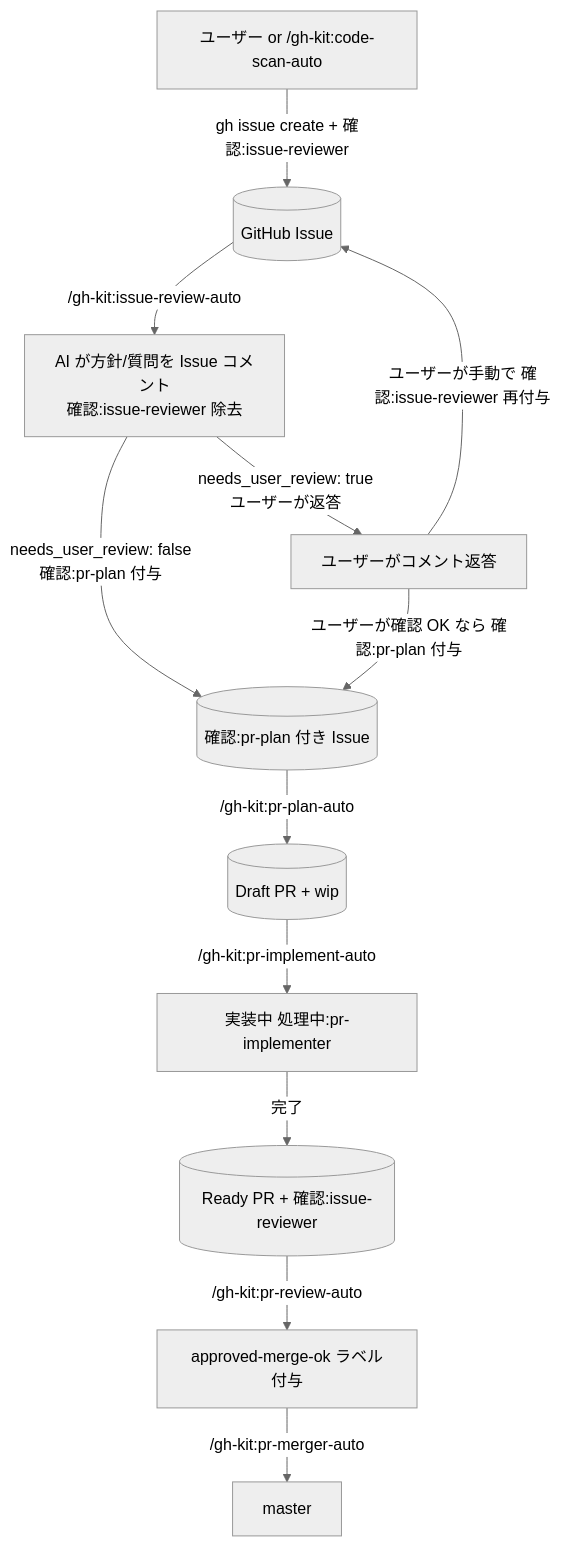
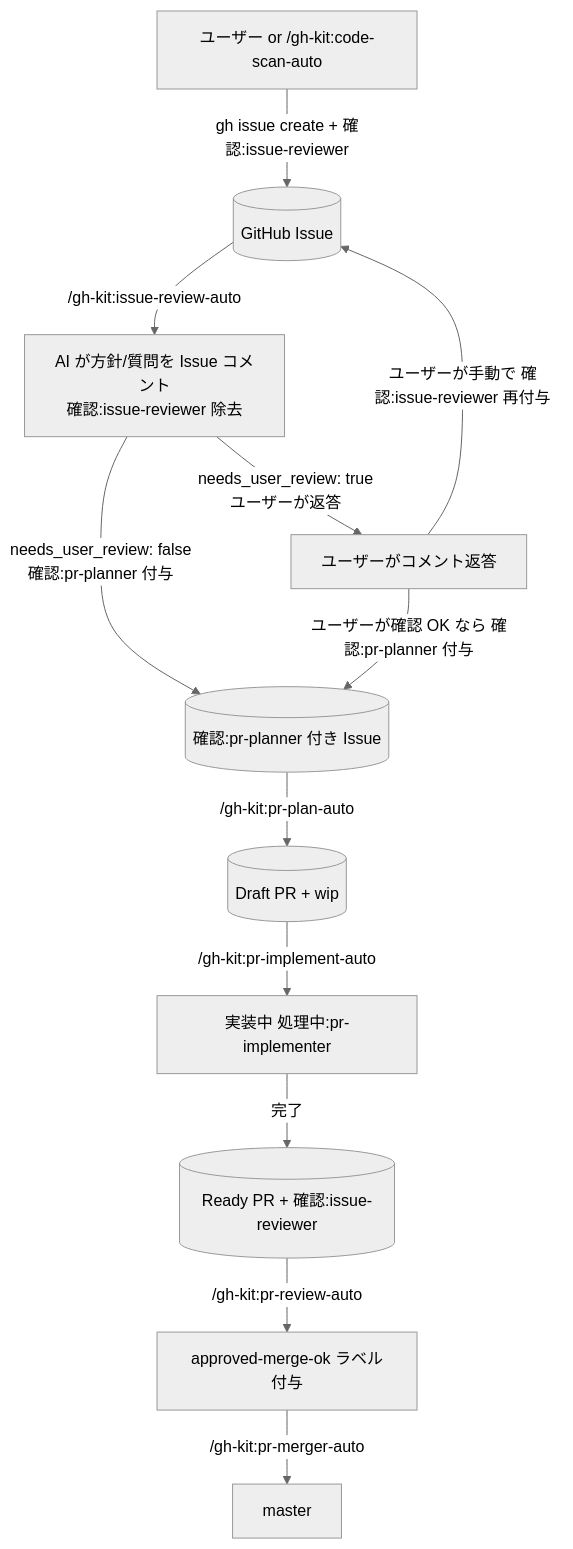
One commit to shuhei1101/my-plugins changed the diagram in plugins/gh-kit/CLAUDE.md. Above: the diagram before and after it, drawn with Mermaid (neutral theme). The commit also changed other lines of this file and 6 other files, not shown here.

First line of the commit message:
fix: リネーム方向を逆転（確認:pr-plan→確認:pr-planner）し agent 名規約に統一

````diff
--- a/plugins/gh-kit/CLAUDE.md
+++ b/plugins/gh-kit/CLAUDE.md
@@ -9,14 +9,14 @@
 ```mermaid
 flowchart TD
   U[ユーザー or /gh-kit:code-scan-auto] -->|gh issue create + 確認:issue-reviewer| Issue[(GitHub Issue)]
   Issue -->|/gh-kit:issue-review-auto| Review[AI が方針/質問を Issue コメント<br>確認:issue-reviewer 除去]
-  Review -->|needs_user_review: false<br>確認:pr-plan 付与| PlanOK[(確認:pr-plan 付き Issue)]
+  Review -->|needs_user_review: false<br>確認:pr-planner 付与| PlanOK[(確認:pr-planner 付き Issue)]
   Review -->|needs_user_review: true<br>ユーザーが返答| UserReply[ユーザーがコメント返答]
   UserReply -->|ユーザーが手動で 確認:issue-reviewer 再付与| Issue
-  UserReply -->|ユーザーが確認 OK なら 確認:pr-plan 付与| PlanOK
+  UserReply -->|ユーザーが確認 OK なら 確認:pr-planner 付与| PlanOK
   PlanOK -->|/gh-kit:pr-plan-auto| WIP[(Draft PR + wip)]
   WIP -->|/gh-kit:pr-implement-auto| Implementing[実装中 処理中:pr-implementer]
   Implementing -->|完了| NAR[(Ready PR + 確認:issue-reviewer)]
   NAR -->|/gh-kit:pr-review-auto| Reviewed[approved-merge-ok ラベル付与]
   Reviewed -->|/gh-kit:pr-merger-auto| Merged[master]
 ```
````
